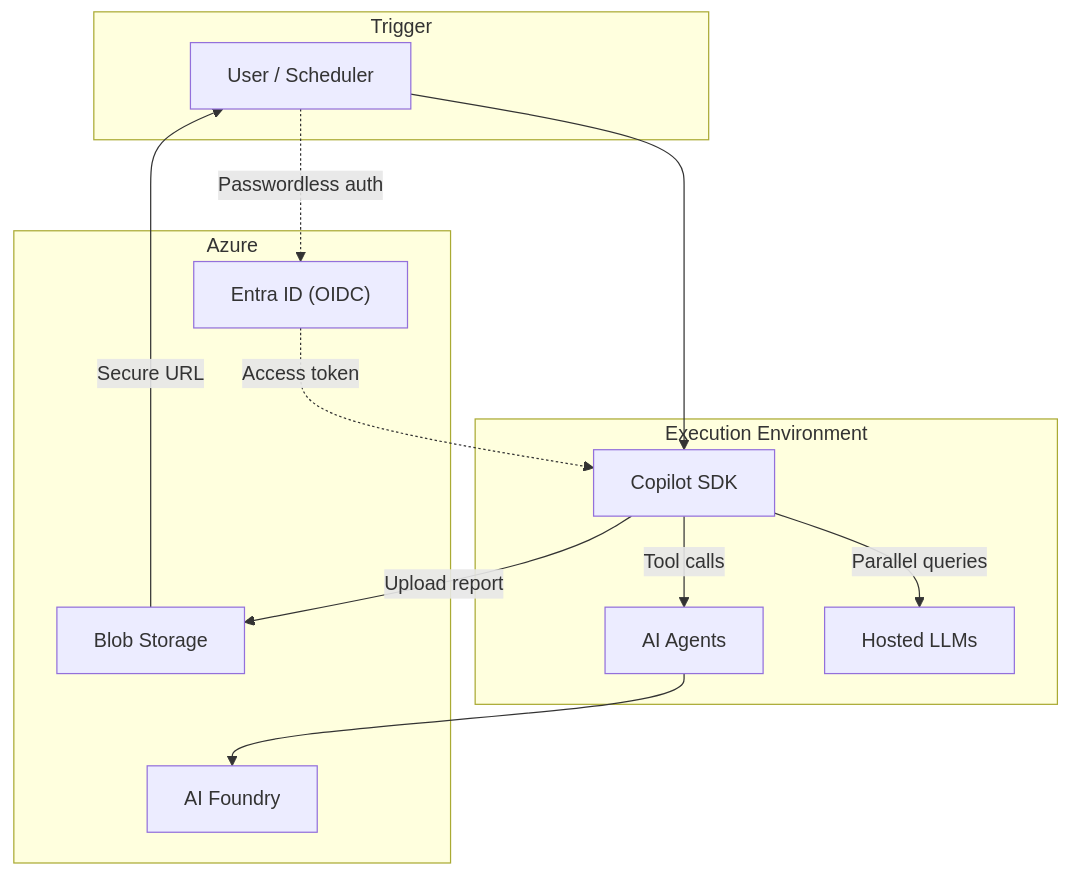
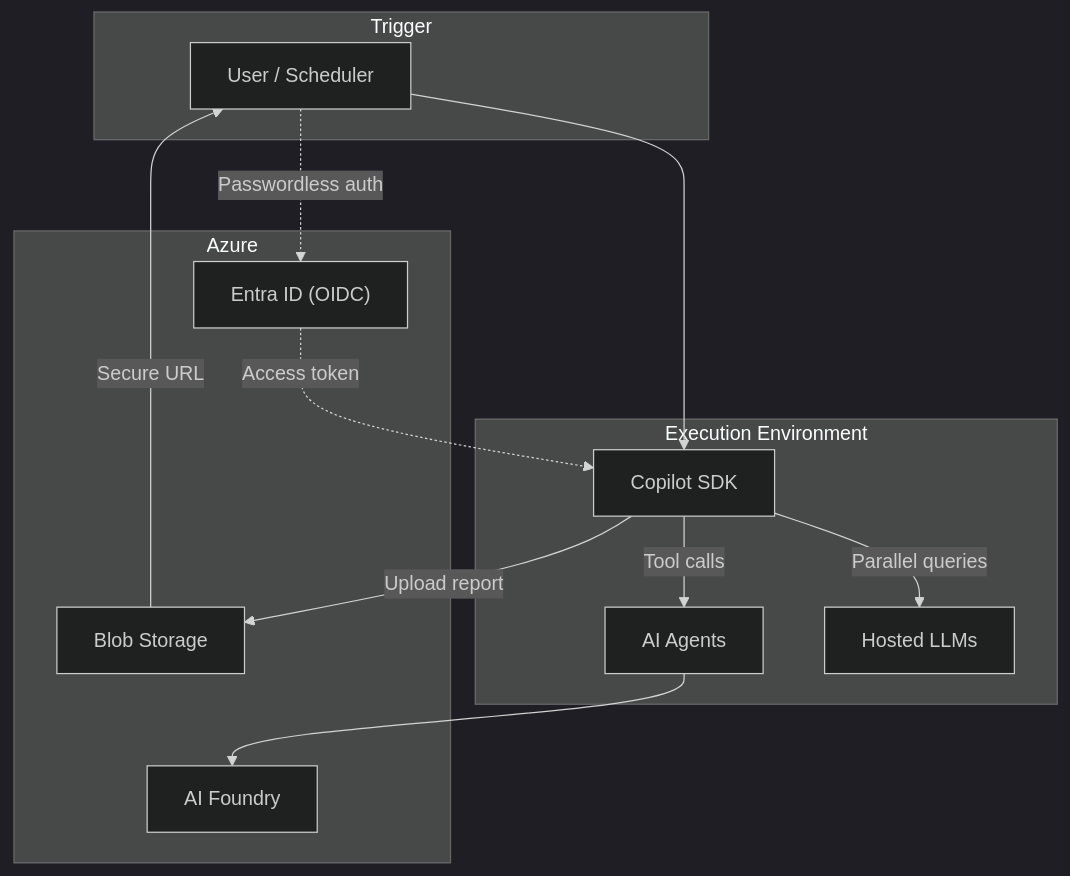
Before and after one commit to ks6088ts/template-github-copilot: the diagram in docs/copilot_report_forge/index.md, drawn with Mermaid. The commit also changed 13 other files, not shown here.

````diff
--- a/docs/copilot_report_forge/index.md
+++ b/docs/copilot_report_forge/index.md
@@ -62,27 +62,28 @@
 ```mermaid
+%%{init: {'theme': 'dark'}}%%
 flowchart TB
     subgraph Trigger
         USER["User / Scheduler"]
     end
 
     subgraph Execution["Execution Environment"]
         SDK["Copilot SDK"]
         AGENTS["AI Agents"]
         LLM["Hosted LLMs"]
     end
 
     subgraph Cloud["Azure"]
         AUTH["Entra ID (OIDC)"]
         STORAGE["Blob Storage"]
         FOUNDRY["AI Foundry"]
     end
 
     USER --> SDK
     SDK -- "Parallel queries" --> LLM
     SDK -- "Tool calls" --> AGENTS
     AGENTS --> FOUNDRY
     SDK -- "Upload report" --> STORAGE
     STORAGE -- "Secure URL" --> USER
     USER -. "Passwordless auth" .-> AUTH
     AUTH -. "Access token" .-> SDK
 ```
````
